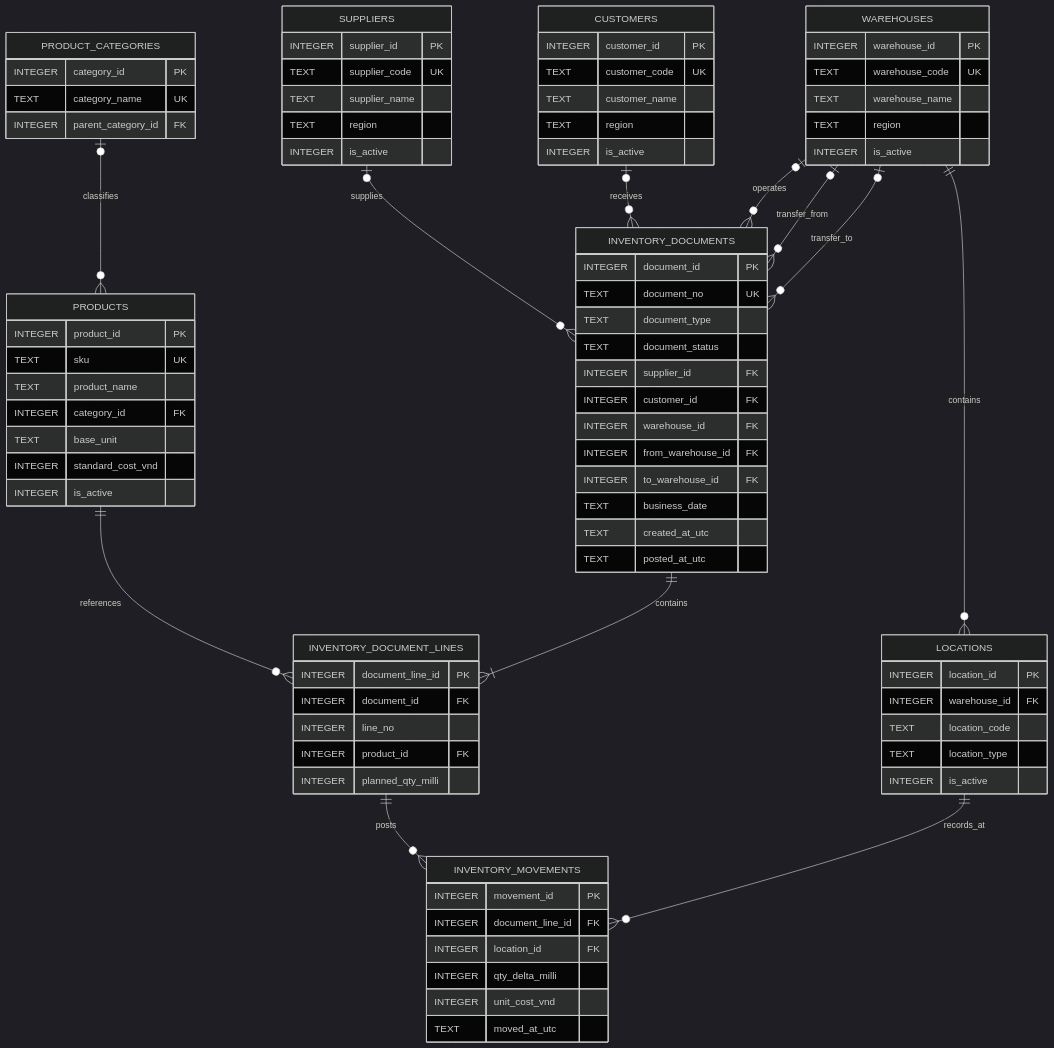
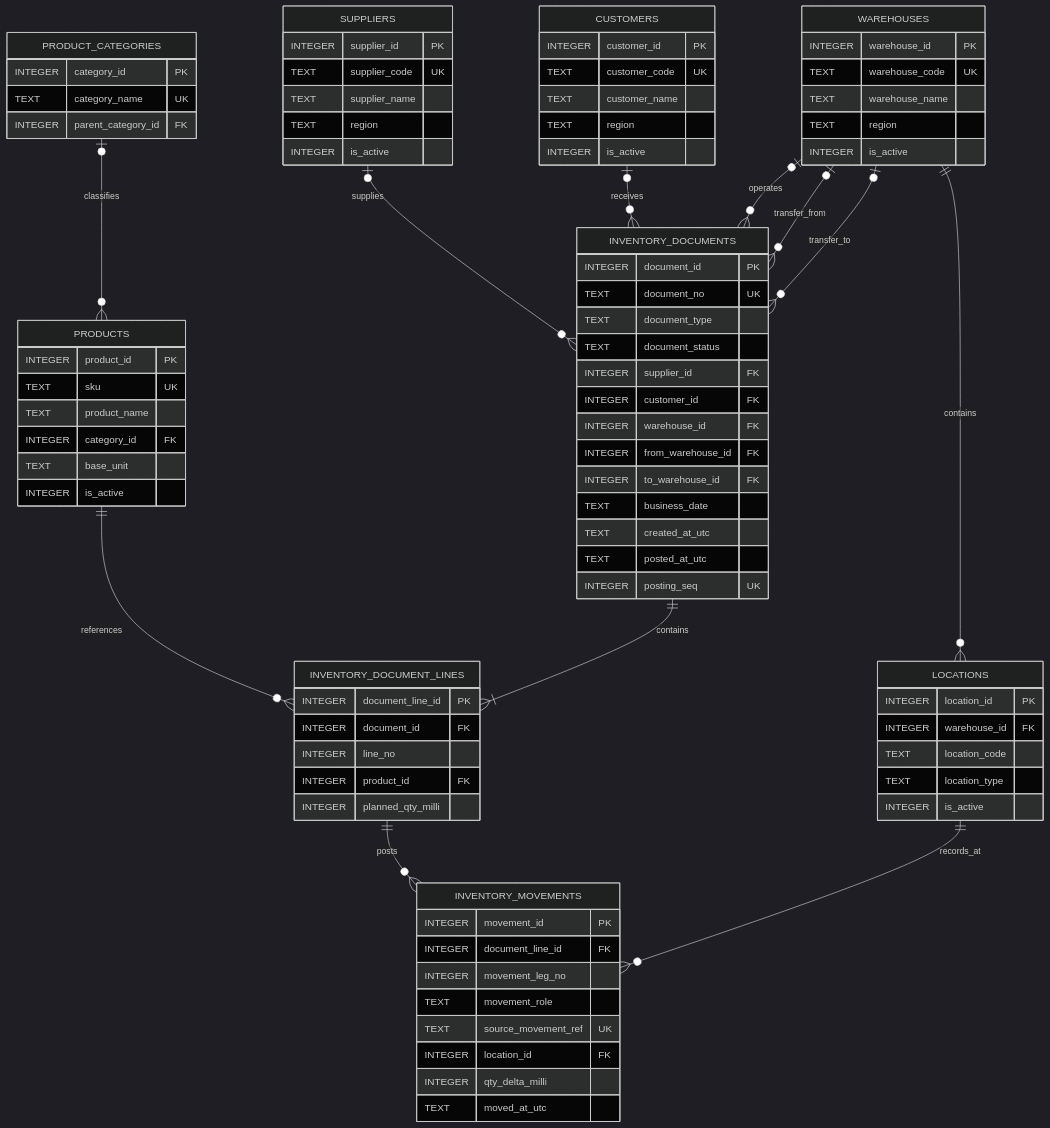
Before and after one commit to dangth1101/IS6002: the diagram in docs/benchmark/database_design/WMS_INVENTORY_DESIGN.md, drawn with Mermaid (dark theme). The commit also changed other lines of this file and 58 other files, not shown here.

```diff
--- a/docs/benchmark/database_design/WMS_INVENTORY_DESIGN.md
+++ b/docs/benchmark/database_design/WMS_INVENTORY_DESIGN.md
@@ -39,7 +39,6 @@
       TEXT product_name
       INTEGER category_id FK
       TEXT base_unit
-      INTEGER standard_cost_vnd
       INTEGER is_active
     }
     SUPPLIERS {
@@ -83,6 +82,7 @@
       TEXT business_date
       TEXT created_at_utc
       TEXT posted_at_utc
+      INTEGER posting_seq UK
     }
     INVENTORY_DOCUMENT_LINES {
       INTEGER document_line_id PK
@@ -94,9 +94,11 @@
     INVENTORY_MOVEMENTS {
       INTEGER movement_id PK
       INTEGER document_line_id FK
+      INTEGER movement_leg_no
+      TEXT movement_role
+      TEXT source_movement_ref UK
       INTEGER location_id FK
       INTEGER qty_delta_milli
-      INTEGER unit_cost_vnd
       TEXT moved_at_utc
     }
 ~~~
```
